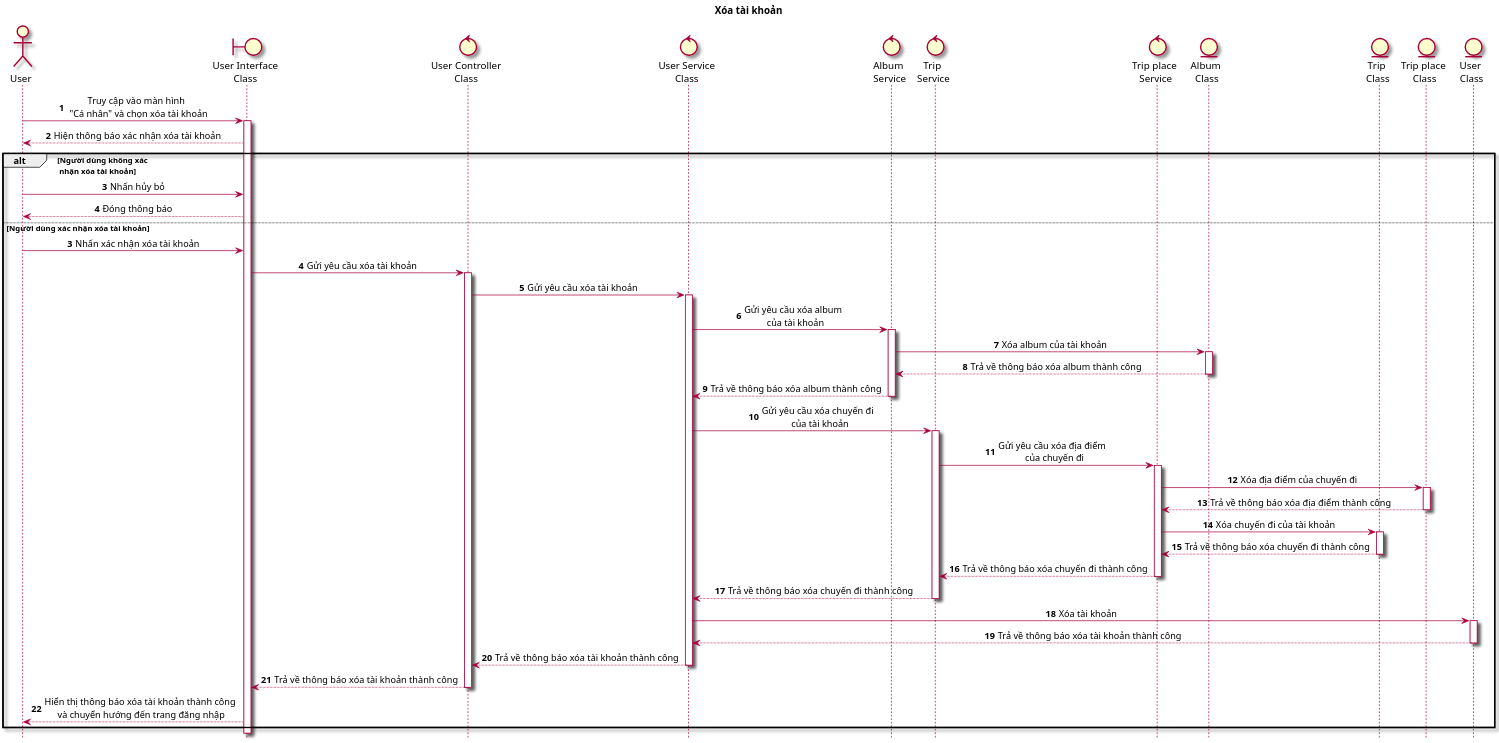
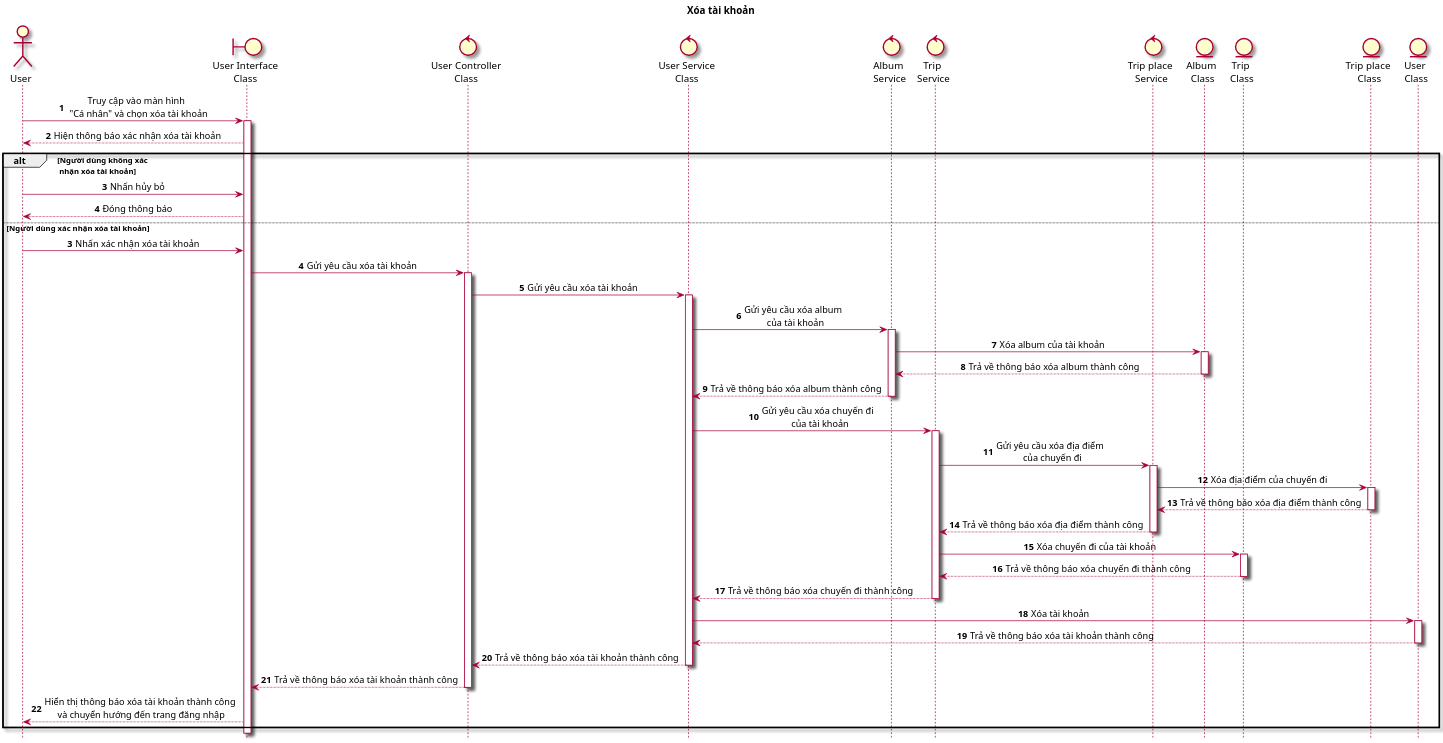
The diagram in Sequence/SEQ05_XoaTaiKhoan.puml (Griselda4774/WanderFun_Diagram), drawn with PlantUML before and after one commit. The commit also changed 14 other files, not shown here.

```diff
--- a/Sequence/SEQ05_XoaTaiKhoan.puml
+++ b/Sequence/SEQ05_XoaTaiKhoan.puml
@@ -1,73 +1,73 @@
 @startuml SEQ05_XoaTaiKhoan
 
     title: Xóa tài khoản
 
     skin rose
     scale 2
     skinparam sequenceMessageAlign center
     hide footbox
 
     autonumber
 
     actor "User" as user
     boundary "User Interface\nClass" as ui
     control "User Controller\nClass" as ctr
     control "User Service\nClass" as userSv
     control "Album \nService" as albumSv
     control "Trip \nService" as tripSv
     control "Trip place \nService" as tripPlaceSv
     entity "Album \nClass" as albumEnt
     entity "Trip \nClass" as tripEnt
     entity "Trip place \nClass" as tripPlaceEnt
     entity "User \nClass" as userEnt
 
     user -> ui: Truy cập vào màn hình \n "Cá nhân" và chọn xóa tài khoản
     ui ++
     ui --> user: Hiện thông báo xác nhận xóa tài khoản
     alt Người dùng không xác \n nhận xóa tài khoản
         user -> ui: Nhấn hủy bỏ
         ui --> user: Đóng thông báo
     else Người dùng xác nhận xóa tài khoản
 
         autonumber 3
         
         user -> ui: Nhấn xác nhận xóa tài khoản
         ui -> ctr: Gửi yêu cầu xóa tài khoản
         ctr ++
         ctr -> userSv: Gửi yêu cầu xóa tài khoản
         userSv ++
         userSv -> albumSv: Gửi yêu cầu xóa album \n của tài khoản
         albumSv ++
         albumSv -> albumEnt: Xóa album của tài khoản
         albumEnt ++
         albumEnt --> albumSv: Trả về thông báo xóa album thành công
         albumEnt --
         albumSv --> userSv: Trả về thông báo xóa album thành công
         albumSv --
         userSv -> tripSv: Gửi yêu cầu xóa chuyến đi \n của tài khoản
         tripSv ++
         tripSv -> tripPlaceSv: Gửi yêu cầu xóa địa điểm \n của chuyến đi
         tripPlaceSv ++
         tripPlaceSv -> tripPlaceEnt: Xóa địa điểm của chuyến đi
         tripPlaceEnt ++
         tripPlaceEnt --> tripPlaceSv: Trả về thông báo xóa địa điểm thành công
         tripPlaceEnt --
-        tripPlaceSv -> tripEnt: Xóa chuyến đi của tài khoản
+        tripPlaceSv --> tripSv: Trả về thông báo xóa địa điểm thành công
+        tripPlaceSv --
+        tripSv -> tripEnt: Xóa chuyến đi của tài khoản
         tripEnt ++
-        tripEnt --> tripPlaceSv: Trả về thông báo xóa chuyến đi thành công
+        tripEnt --> tripSv: Trả về thông báo xóa chuyến đi thành công
         tripEnt --
-        tripPlaceSv --> tripSv: Trả về thông báo xóa chuyến đi thành công
-        tripPlaceSv --
         tripSv --> userSv: Trả về thông báo xóa chuyến đi thành công
         tripSv --
         userSv -> userEnt: Xóa tài khoản
         userEnt ++
         userEnt --> userSv: Trả về thông báo xóa tài khoản thành công
         userEnt --
         userSv --> ctr: Trả về thông báo xóa tài khoản thành công
         userSv --
         ctr --> ui: Trả về thông báo xóa tài khoản thành công
         ctr--
         ui --> user: Hiển thị thông báo xóa tài khoản thành công\n và chuyển hướng đến trang đăng nhập
         end
 @enduml
```
